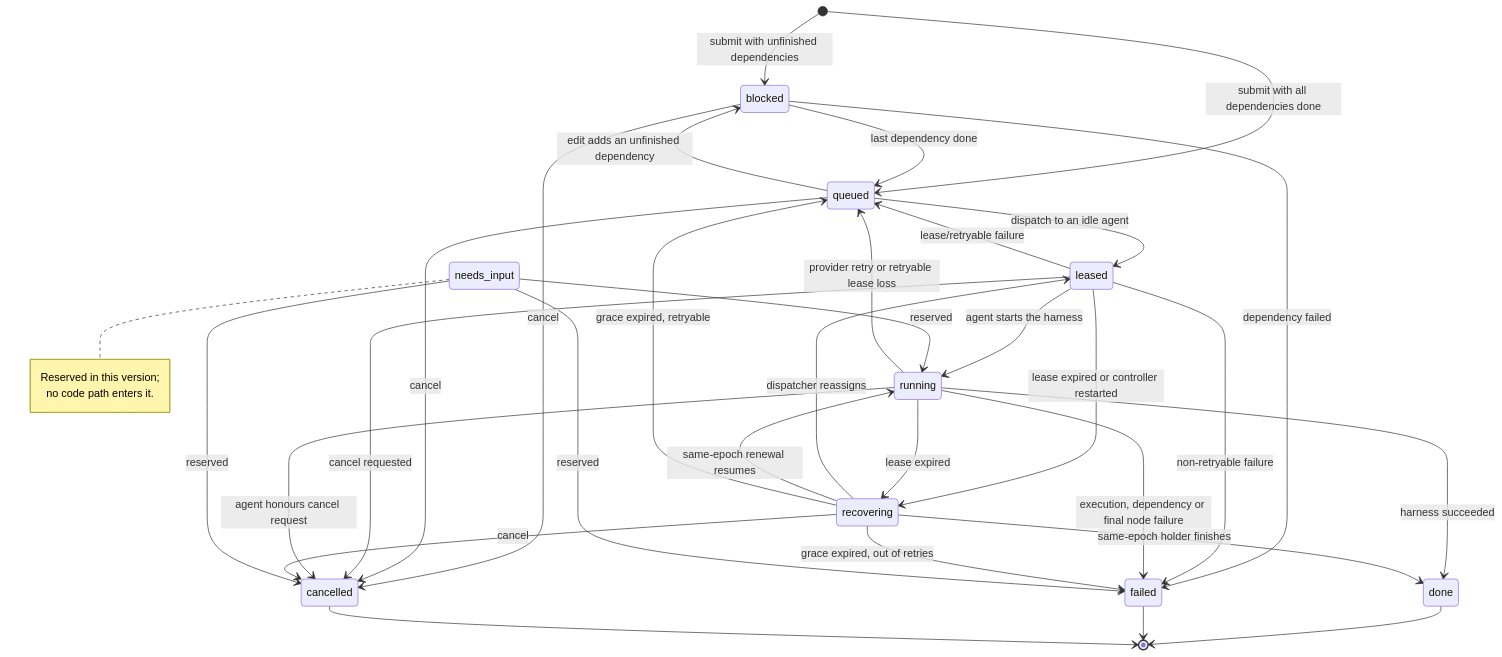
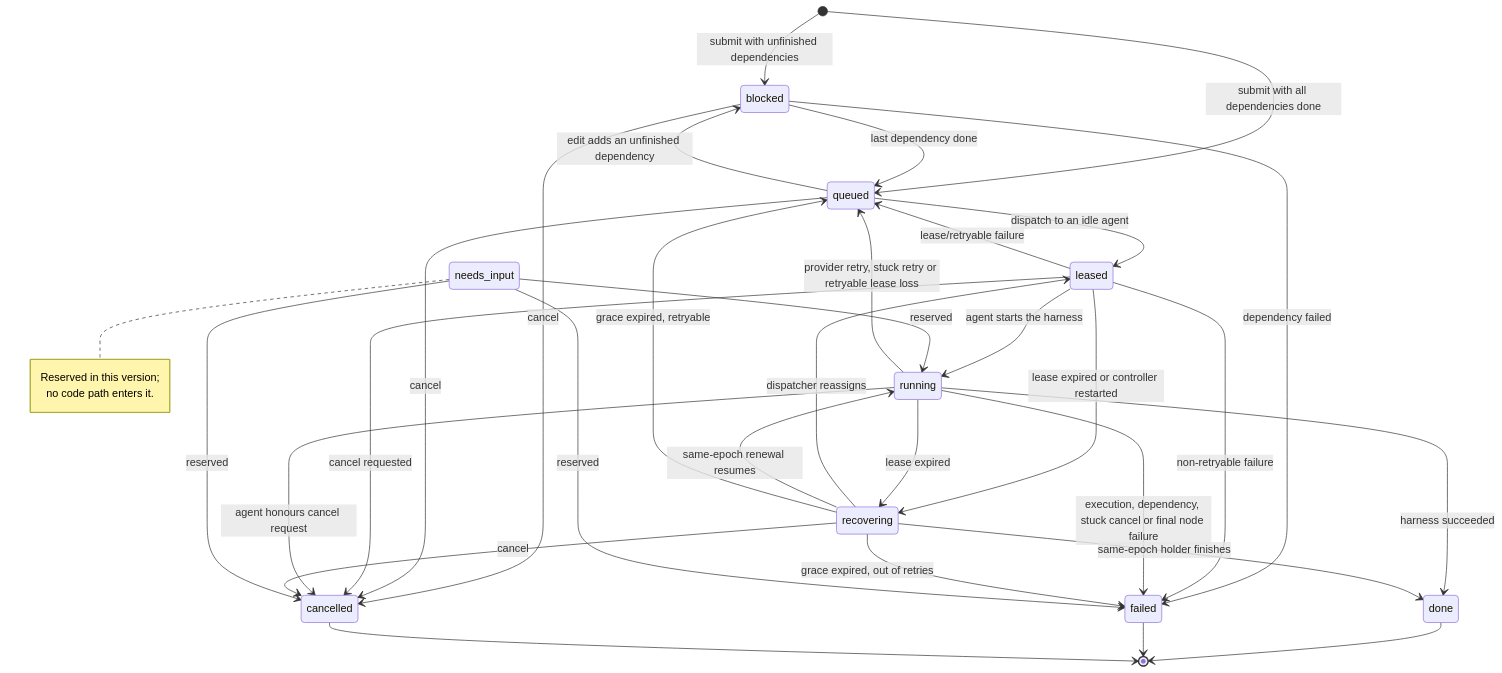
One commit to ddproxy/lu changed the diagram in docs/lifecycle.md. Above: the diagram before and after it, drawn with Mermaid. The commit also changed other lines of this file and 48 other files, not shown here.

First line of the commit message:
Merge expected outputs, priority and groups, stuck policy, graph selection and cordon details

````diff
--- a/docs/lifecycle.md
+++ b/docs/lifecycle.md
@@ -6,37 +6,37 @@
 ```mermaid
 stateDiagram-v2
     [*] --> blocked: submit with unfinished dependencies
     [*] --> queued: submit with all dependencies done
     blocked --> queued: last dependency done
     blocked --> failed: dependency failed
     blocked --> cancelled: cancel
     queued --> leased: dispatch to an idle agent
     queued --> blocked: edit adds an unfinished dependency
     queued --> cancelled: cancel
     leased --> running: agent starts the harness
     leased --> queued: lease/retryable failure
     leased --> recovering: lease expired or controller restarted
     leased --> failed: non-retryable failure
     leased --> cancelled: cancel requested
     running --> done: harness succeeded
-    running --> queued: provider retry or retryable lease loss
-    running --> failed: execution, dependency or final node failure
+    running --> queued: provider retry, stuck retry or retryable lease loss
+    running --> failed: execution, dependency, stuck cancel or final node failure
     running --> recovering: lease expired
     running --> cancelled: agent honours cancel request
     recovering --> leased: dispatcher reassigns
     recovering --> running: same-epoch renewal resumes
     recovering --> done: same-epoch holder finishes
     recovering --> queued: grace expired, retryable
     recovering --> failed: grace expired, out of retries
     recovering --> cancelled: cancel
     needs_input --> running: reserved
     needs_input --> failed: reserved
     needs_input --> cancelled: reserved
     done --> [*]
     failed --> [*]
     cancelled --> [*]
     note right of needs_input
       Reserved in this version;
       no code path enters it.
     end note
 ```
````
